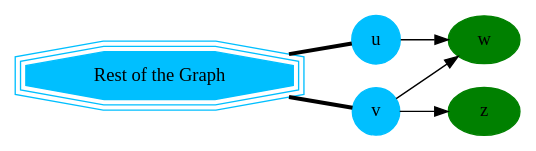
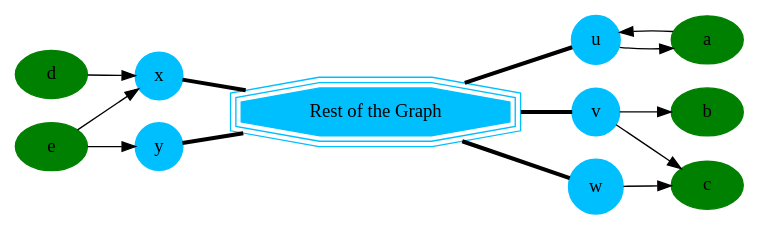
One commit to pgRouting/pgrouting changed the second of 10 diagrams in doc/contraction/contraction-family.rst. Above: the diagram before and after it, drawn with Graphviz. The commit also changed other lines of this file and 414 other files, not shown here.

```diff
--- a/doc/contraction/contraction-family.rst
+++ b/doc/contraction/contraction-family.rst
@@ -129,13 +130,17 @@
 .. graphviz::
 
     digraph G {
-        u, v [shape=circle;style=filled;width=.4;color=deepskyblue];
-        w, z [style=filled; color=green];
-        G [shape=tripleoctagon;width=1.5;style=filled;color=deepskyblue;label = "Rest of the Graph"];
+        u, v, w, x, y [shape=circle;style=filled;width=.4;color=deepskyblue];
+        a, b, c, d, e [style=filled; color=green];
+        G [shape=tripleoctagon;width=1.5;style=filled;
+           color=deepskyblue;label = "Rest of the Graph"];
 
         rankdir=LR;
-        G -> {u, v} [dir=none, weight=1, penwidth=3];
-        u -> w;
-        v -> w;
-        v -> z;
+        G -> {u, v, w} [dir=none, weight=1, penwidth=3];
+        {x, y} -> G  [dir=none, weight=1, penwidth=3];
+        u -> a -> u;
+        v -> b;
+        {w, v} -> c;
+        d -> x;
+        e -> {x, y};
     }
```
